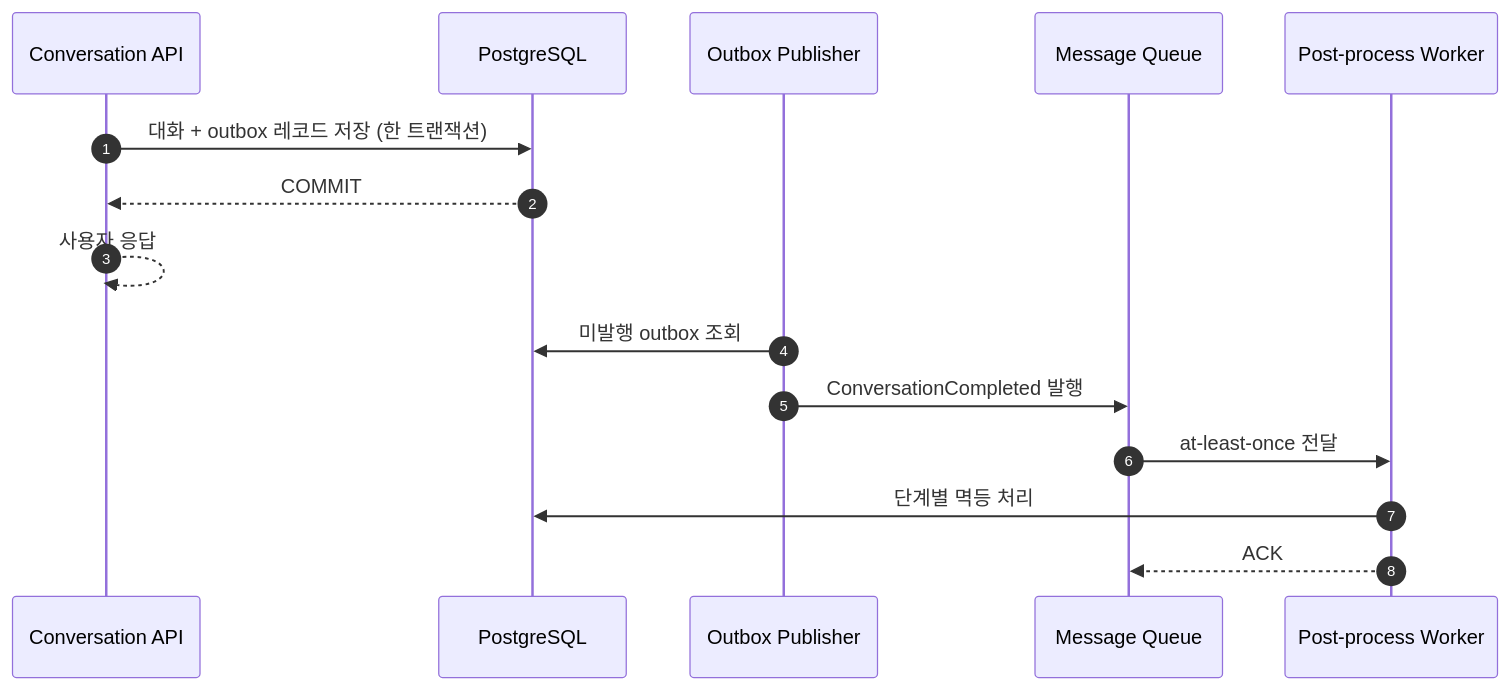
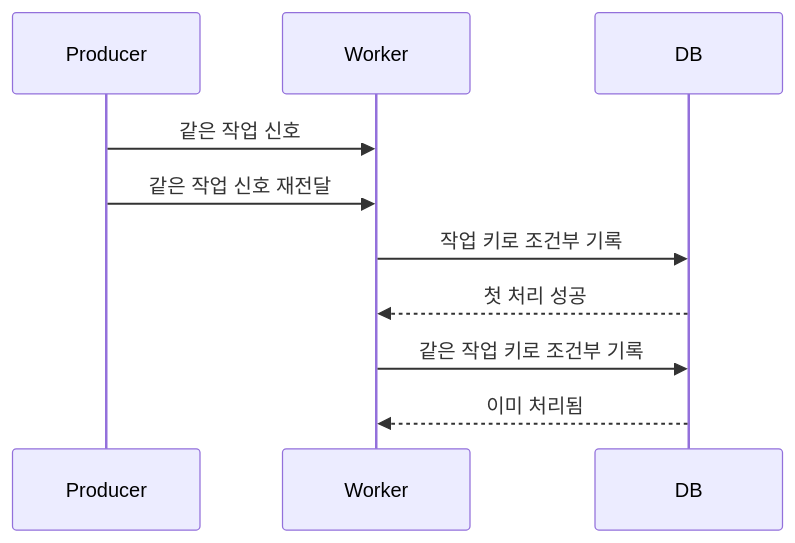
One commit to jiwon11/jiwon11.github.io changed the eighth of 10 diagrams in _posts/2026-06-29-ai-conversation-post-processing-pipeline.md. Above: the diagram before and after it, drawn with Mermaid. The commit also changed other lines of this file and 4 other files, not shown here.

```diff
--- a/_posts/2026-06-29-ai-conversation-post-processing-pipeline.md
+++ b/_posts/2026-06-29-ai-conversation-post-processing-pipeline.md
@@ -555,18 +286,13 @@
 ~~~mermaid
 sequenceDiagram
-    autonumber
-    participant API as Conversation API
-    participant DB as PostgreSQL
-    participant P as Outbox Publisher
-    participant Q as Message Queue
-    participant W as Post-process Worker
+    participant P as Producer
+    participant W as Worker
+    participant DB as DB
 
-    API->>DB: 대화 + outbox 레코드 저장 (한 트랜잭션)
-    DB-->>API: COMMIT
-    API-->>API: 사용자 응답
-    P->>DB: 미발행 outbox 조회
-    P->>Q: ConversationCompleted 발행
-    Q->>W: at-least-once 전달
-    W->>DB: 단계별 멱등 처리
-    W-->>Q: ACK
+    P->>W: 같은 작업 신호
+    P->>W: 같은 작업 신호 재전달
+    W->>DB: 작업 키로 조건부 기록
+    DB-->>W: 첫 처리 성공
+    W->>DB: 같은 작업 키로 조건부 기록
+    DB-->>W: 이미 처리됨
 ~~~
```
